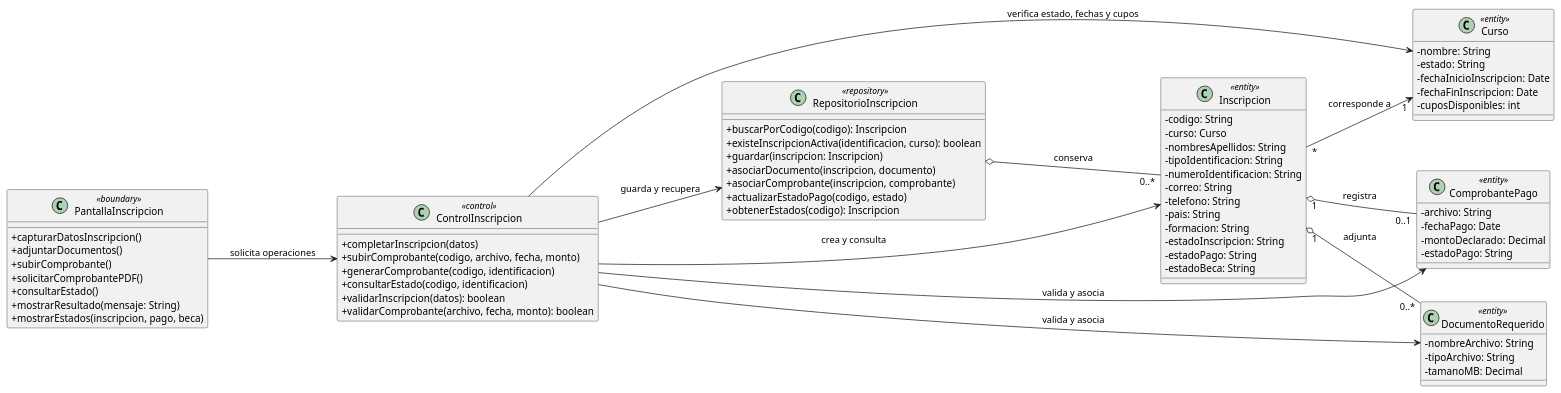
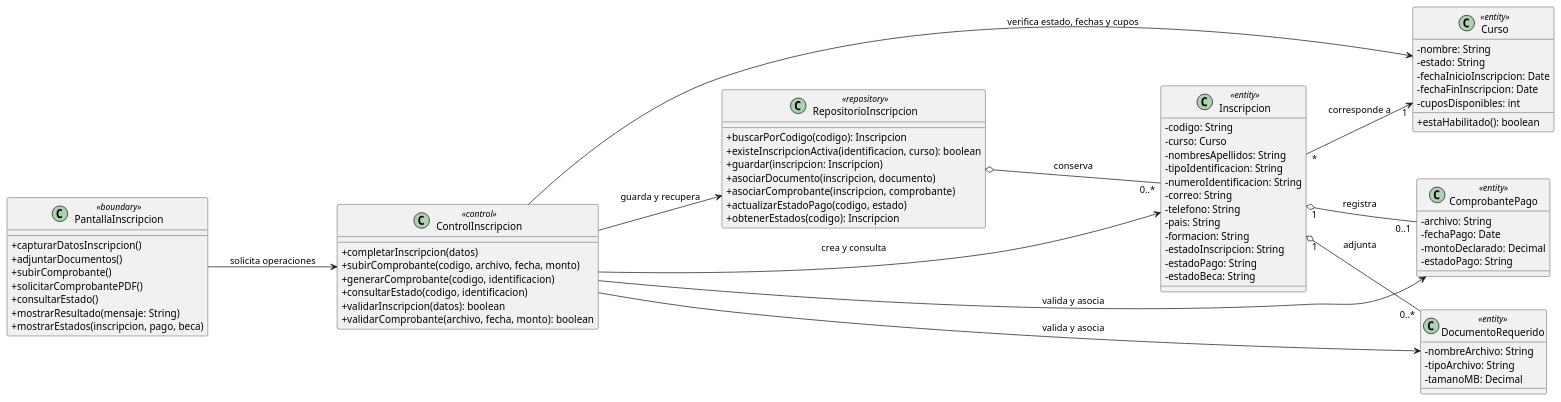
The diagram in sic-modelado/CU05_CompletarInscripcion.puml (andrescardenase77-web/AndresCardenas_36839_G3_ADSW), drawn with PlantUML before and after one commit.

Commit message:
Modelado del CU-05 V2 agrega estaHabilitado a Curso

```diff
--- a/sic-modelado/CU05_CompletarInscripcion.puml
+++ b/sic-modelado/CU05_CompletarInscripcion.puml
@@ -1,86 +1,87 @@
 @startuml 
  /' 
  Archivo: CU05_CompletarInscripcion.puml 
  Versión: v1.0 | Fecha: 2026-11-11 | Equipo: Cárdenas, Bohórquez, Benalcázar 
  Trazabilidad: RF-18, RF-19, RF-20, RF-21 -> CU-05 -> Sprint 5 
  Modelo LLM: Claude (Anthropic) 
  PROMPT: Actúa como analista de software. Con los requisitos atómicos RF-18 a RF-21 
  del CU-05 (completar inscripción, subir comprobante, generar comprobante y 
  consultar estado) genera un diagrama de clases de análisis en PlantUML con 
  boundary, control, entity y repository. Usa PantallaInscripcion y 
  ControlInscripcion. Solo código PlantUML. 
  '/ 
  skinparam classAttributeIconSize 0 
  skinparam shadowing false 
  left to right direction 
   
 class PantallaInscripcion <<boundary>> { 
    +capturarDatosInscripcion() 
    +adjuntarDocumentos() 
    +subirComprobante() 
    +solicitarComprobantePDF() 
    +consultarEstado() 
    +mostrarResultado(mensaje: String) 
    +mostrarEstados(inscripcion, pago, beca) 
  } 
  class ControlInscripcion <<control>> { 
    +completarInscripcion(datos) 
    +subirComprobante(codigo, archivo, fecha, monto) 
    +generarComprobante(codigo, identificacion) 
    +consultarEstado(codigo, identificacion) 
    +validarInscripcion(datos): boolean 
    +validarComprobante(archivo, fecha, monto): boolean 
  } 
  class Inscripcion <<entity>> { 
    -codigo: String 
    -curso: Curso 
    -nombresApellidos: String 
    -tipoIdentificacion: String 
    -numeroIdentificacion: String 
    -correo: String 
    -telefono: String 
    -pais: String 
    -formacion: String 
    -estadoInscripcion: String 
    -estadoPago: String 
    -estadoBeca: String 
  } 
  class Curso <<entity>> { 
    -nombre: String 
    -estado: String 
    -fechaInicioInscripcion: Date 
    -fechaFinInscripcion: Date 
    -cuposDisponibles: int 
+   +estaHabilitado(): boolean
  } 
  class ComprobantePago <<entity>> { 
    -archivo: String 
    -fechaPago: Date 
    -montoDeclarado: Decimal 
    -estadoPago: String 
  } 
  class DocumentoRequerido <<entity>> { 
    -nombreArchivo: String 
    -tipoArchivo: String 
    -tamanoMB: Decimal 
  } 
  class RepositorioInscripcion <<repository>> { 
    +buscarPorCodigo(codigo): Inscripcion 
    +existeInscripcionActiva(identificacion, curso): boolean 
    +guardar(inscripcion: Inscripcion) 
    +asociarDocumento(inscripcion, documento) 
    +asociarComprobante(inscripcion, comprobante) 
    +actualizarEstadoPago(codigo, estado) 
    +obtenerEstados(codigo): Inscripcion 
  } 
   
 PantallaInscripcion --> ControlInscripcion : solicita operaciones 
  ControlInscripcion --> Curso : verifica estado, fechas y cupos 
  ControlInscripcion --> Inscripcion : crea y consulta 
  ControlInscripcion --> ComprobantePago : valida y asocia 
  ControlInscripcion --> DocumentoRequerido : valida y asocia 
  ControlInscripcion --> RepositorioInscripcion : guarda y recupera 
  RepositorioInscripcion o-- "0..*" Inscripcion : conserva 
  Inscripcion "1" o-- "0..*" DocumentoRequerido : adjunta 
  Inscripcion "1" o-- "0..1" ComprobantePago : registra 
  Inscripcion "*" --> "1" Curso : corresponde a 
  @enduml 
```
